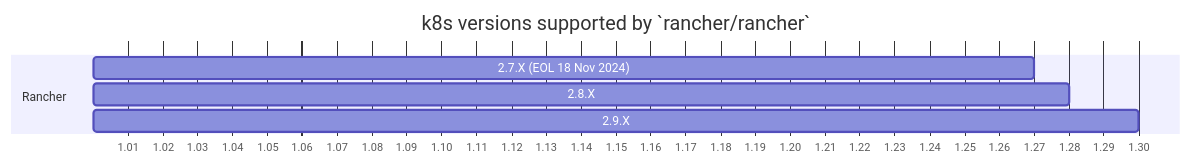
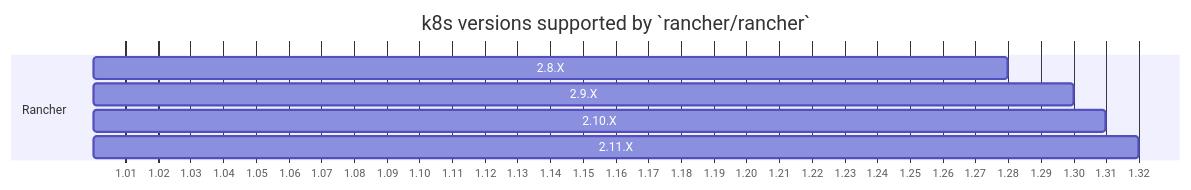
One commit to rancher/shell changed the diagram in README.md. Above: the diagram before and after it, drawn with Mermaid. The commit also changed other lines of this file, not shown here.

````diff
--- a/README.md
+++ b/README.md
@@ -28,13 +28,14 @@
 ```mermaid
 
 gantt
     title k8s versions supported by `rancher/rancher`
     todayMarker off
     dateFormat X
     axisFormat 1.%S
     tickInterval 1second
     section Rancher
-        2.7.X (EOL 18 Nov 2024)           :23,27
         2.8.X           :25,28
         2.9.X           :27,30
+        2.10.X           :28,31
+        2.11.X           :30,32
 ```
````
